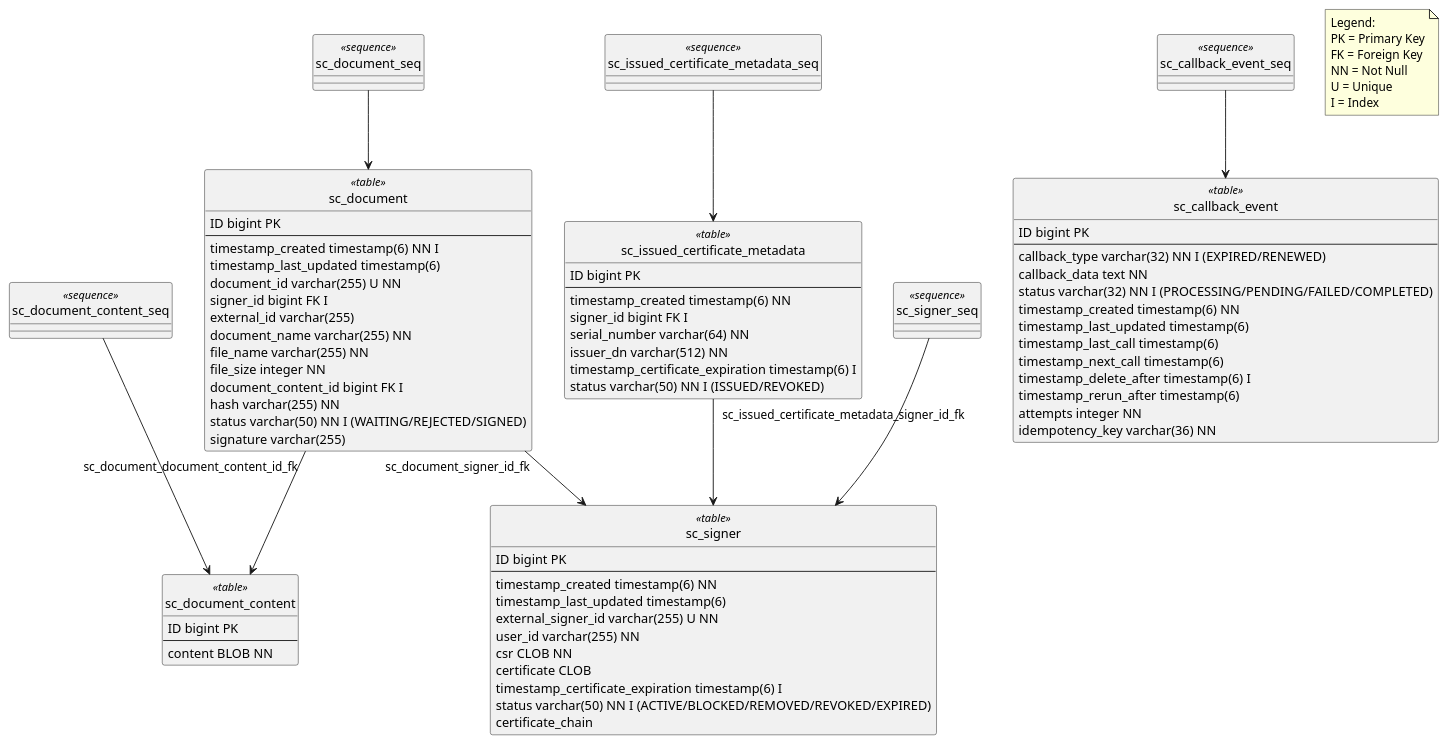
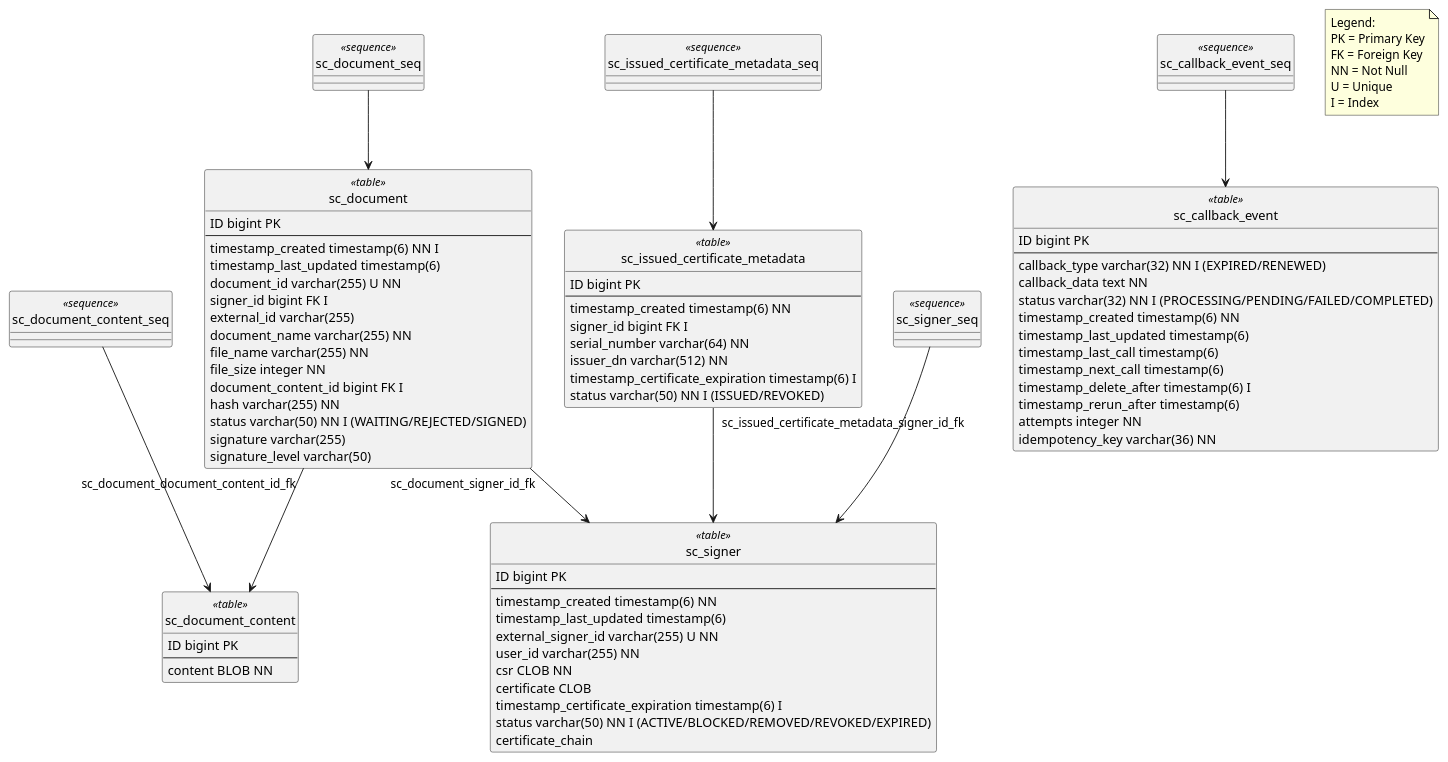
Before and after one commit to wultra/signer-cloud: the diagram in docs-private/signer_cloud_server_database_schema.puml, drawn with PlantUML. The commit also changed 19 other files, not shown here.

Commit message:
Fix #107: Add support for pades B-T signature level (#113)

```diff
--- a/docs-private/signer_cloud_server_database_schema.puml
+++ b/docs-private/signer_cloud_server_database_schema.puml
@@ -1,93 +1,94 @@
 @startuml
 hide circle
 
 class sc_signer <<table>>{
     ID bigint PK
     --
     timestamp_created timestamp(6) NN
     timestamp_last_updated timestamp(6)
     external_signer_id varchar(255) U NN
     user_id varchar(255) NN
     csr CLOB NN
     certificate CLOB
     timestamp_certificate_expiration timestamp(6) I
     status varchar(50) NN I (ACTIVE/BLOCKED/REMOVED/REVOKED/EXPIRED)
     certificate_chain
 }
 
 class sc_document <<table>> {
     ID bigint PK
     --
     timestamp_created timestamp(6) NN I
     timestamp_last_updated timestamp(6)
     document_id varchar(255) U NN
     signer_id bigint FK I
     external_id varchar(255)
     document_name varchar(255) NN
     file_name varchar(255) NN
     file_size integer NN
     document_content_id bigint FK I
     hash varchar(255) NN
     status varchar(50) NN I (WAITING/REJECTED/SIGNED)
     signature varchar(255)
+    signature_level varchar(50)
 }
 
 class sc_document_content <<table>>{
     ID bigint PK
     --
     content BLOB NN
 }
 
 class sc_callback_event <<table>> {
     ID bigint PK
     --
     callback_type varchar(32) NN I (EXPIRED/RENEWED)
     callback_data text NN
     status varchar(32) NN I (PROCESSING/PENDING/FAILED/COMPLETED)
     timestamp_created timestamp(6) NN
     timestamp_last_updated timestamp(6)
     timestamp_last_call timestamp(6)
     timestamp_next_call timestamp(6)
     timestamp_delete_after timestamp(6) I
     timestamp_rerun_after timestamp(6)
     attempts integer NN
     idempotency_key varchar(36) NN
 }
 
 class sc_issued_certificate_metadata <<table>> {
     ID bigint PK
     --
     timestamp_created timestamp(6) NN
     signer_id bigint FK I
     serial_number varchar(64) NN
     issuer_dn varchar(512) NN
     timestamp_certificate_expiration timestamp(6) I
     status varchar(50) NN I (ISSUED/REVOKED)
 }
 
 class sc_signer_seq <<sequence>>
 class sc_document_seq <<sequence>>
 class sc_document_content_seq <<sequence>>
 class sc_callback_event_seq <<sequence>>
 class sc_issued_certificate_metadata_seq <<sequence>>
 
 sc_signer_seq --> sc_signer
 sc_document_seq --> sc_document
 sc_document_content_seq --> sc_document_content
 sc_callback_event_seq --> sc_callback_event
 sc_issued_certificate_metadata_seq --> sc_issued_certificate_metadata
 
 sc_document "sc_document_signer_id_fk" --> sc_signer
 sc_document "sc_document_document_content_id_fk" --> sc_document_content
 sc_issued_certificate_metadata "sc_issued_certificate_metadata_signer_id_fk" --> sc_signer
 
 note as note1
 Legend:
 PK = Primary Key
 FK = Foreign Key
 NN = Not Null
 U = Unique
 I = Index
 end note
 
 @enduml
```
